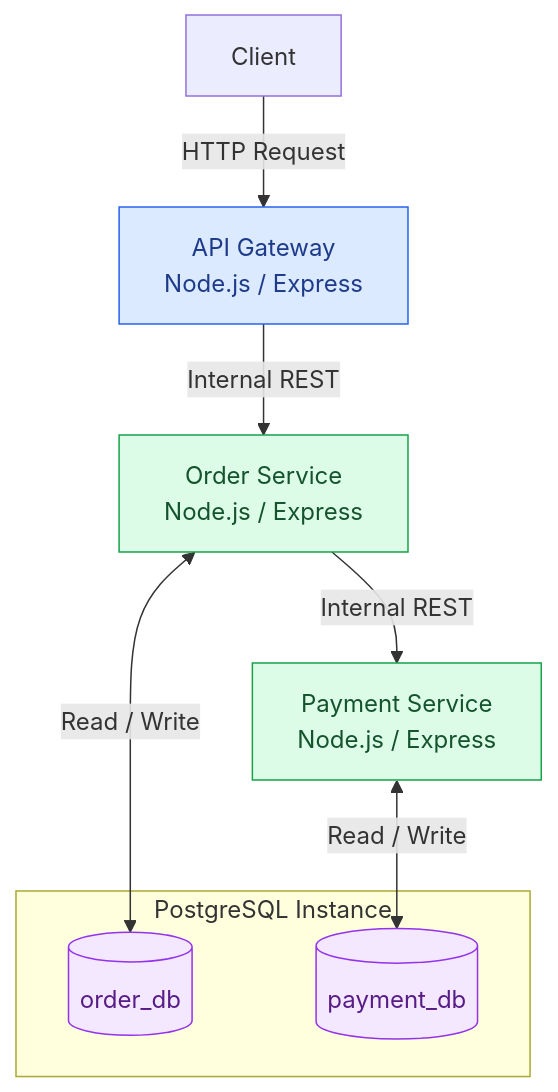
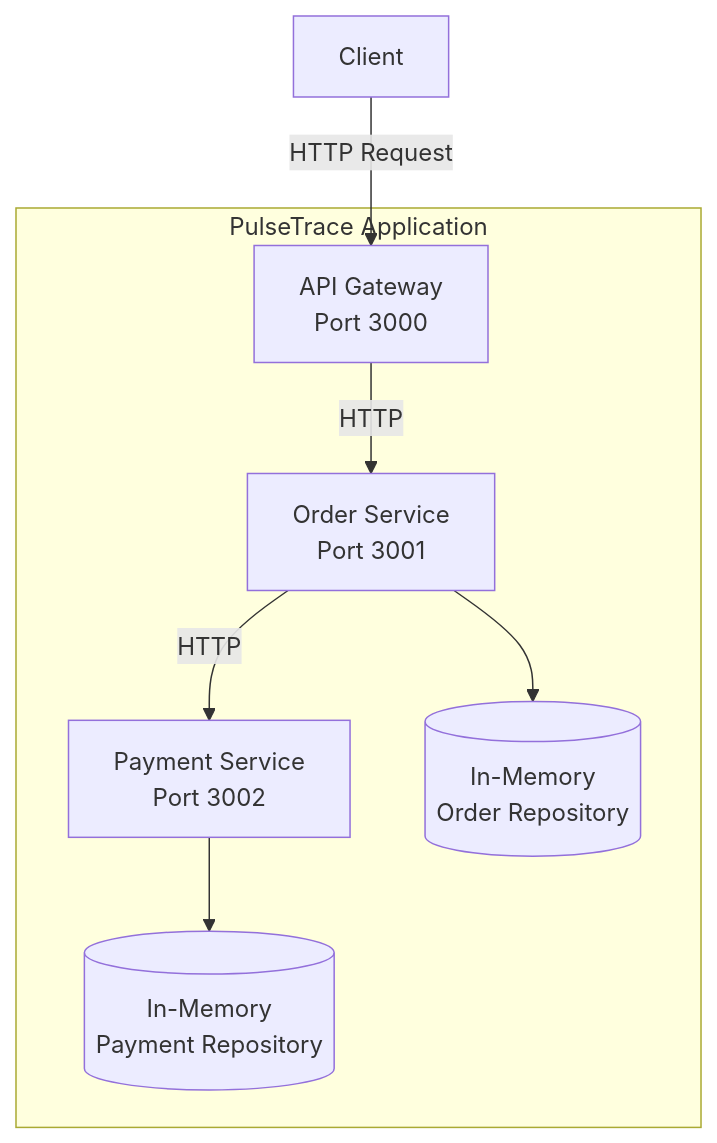
The diagram in docs/architecture/architecture.md (aliaagamall/pulsetrace), drawn with Mermaid before and after one commit. The commit also changed other lines of this file and 4 other files, not shown here.

Commit message:
docs(architecture): update system architecture documentation

````diff
--- a/docs/architecture/architecture.md
+++ b/docs/architecture/architecture.md
@@ -7,27 +21,20 @@
 ```mermaid
 flowchart TB
     Client["Client"]
-    Gateway["API Gateway<br/>Node.js / Express"]
-    Order["Order Service<br/>Node.js / Express"]
-    Payment["Payment Service<br/>Node.js / Express"]
 
-    subgraph Database["PostgreSQL Instance"]
-        OrderDB[("order_db")]
-        PaymentDB[("payment_db")]
+    subgraph Application["PulseTrace Application"]
+        Gateway["API Gateway<br/>Port 3000"]
+        Order["Order Service<br/>Port 3001"]
+        Payment["Payment Service<br/>Port 3002"]
+
+        OrderRepo[("In-Memory<br/>Order Repository")]
+        PaymentRepo[("In-Memory<br/>Payment Repository")]
     end
 
     Client -->|"HTTP Request"| Gateway
-    Gateway -->|"Internal REST"| Order
-    Order -->|"Internal REST"| Payment
+    Gateway -->|"HTTP"| Order
+    Order -->|"HTTP"| Payment
 
-    Order <-->|"Read / Write"| OrderDB
-    Payment <-->|"Read / Write"| PaymentDB
-
-    classDef gateway fill:#dbeafe,stroke:#2563eb,color:#1e3a8a
-    classDef service fill:#dcfce7,stroke:#16a34a,color:#14532d
-    classDef database fill:#f3e8ff,stroke:#9333ea,color:#581c87
-
-    class Gateway gateway
-    class Order,Payment service
-    class OrderDB,PaymentDB database
+    Order --> OrderRepo
+    Payment --> PaymentRepo
 ```
````
